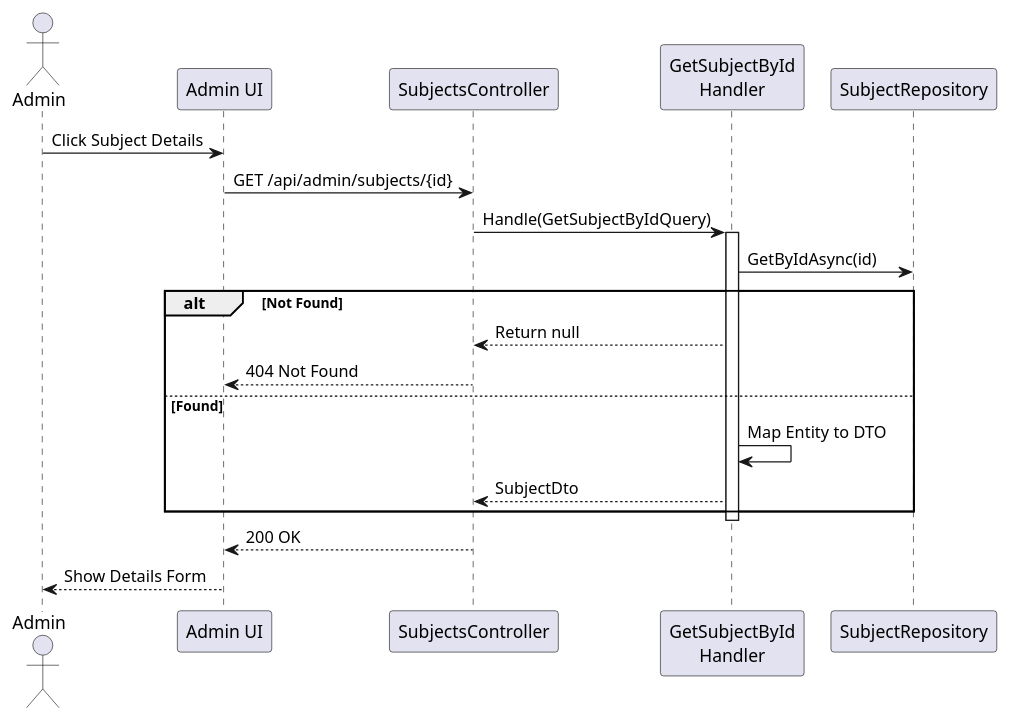
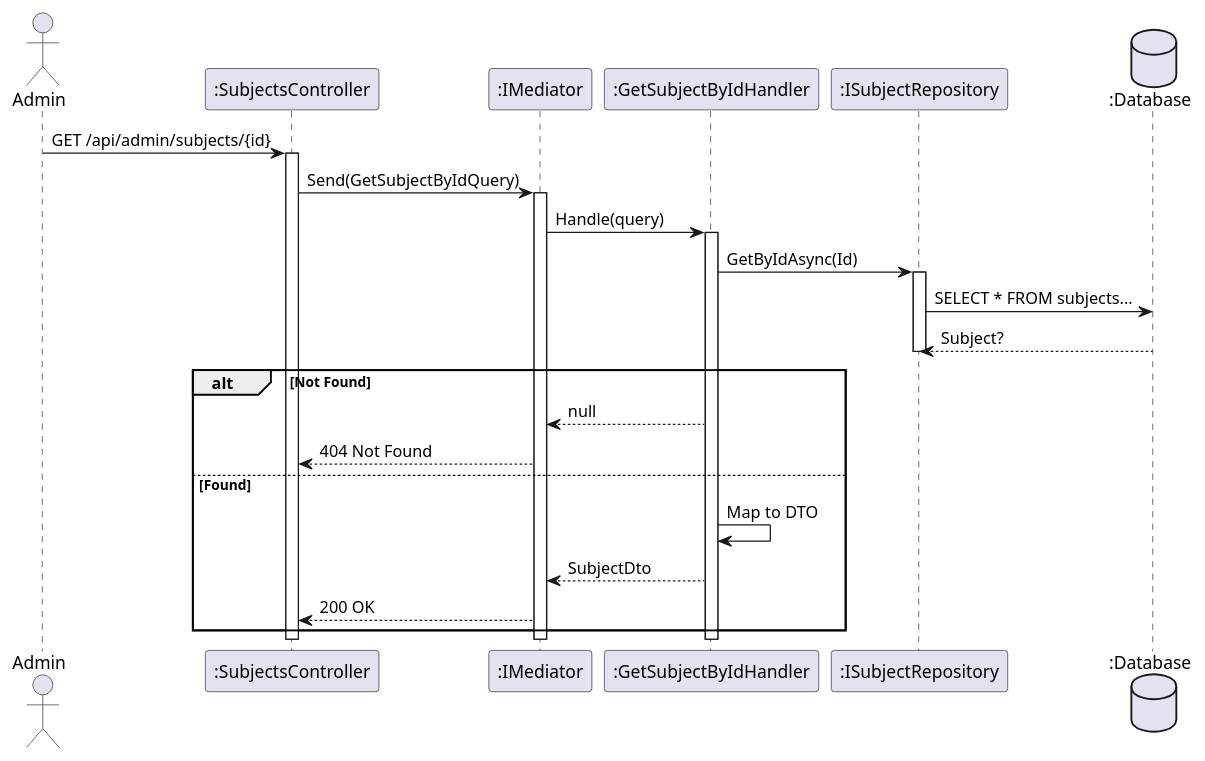
The diagram in docs/srs/diagrams/sequence-diagram/admin-content-subject/get-subject-by-id-seq.puml (FA25SE050-RogueLearn/RogueLearn.BMAD.Documentation), drawn with PlantUML before and after one commit. The commit also changed other lines of this file and 21 other files, not shown here.

```diff
--- a/docs/srs/diagrams/sequence-diagram/admin-content-subject/get-subject-by-id-seq.puml
+++ b/docs/srs/diagrams/sequence-diagram/admin-content-subject/get-subject-by-id-seq.puml
@@ -2,26 +1,36 @@
 @startuml
 actor Admin
-participant "Admin UI" as UI
-participant "SubjectsController" as Controller
-participant "GetSubjectById\nHandler" as Handler
-participant "SubjectRepository" as DB
+participant ":SubjectsController" as Controller
+participant ":IMediator" as Med
+participant ":GetSubjectByIdHandler" as Handler
+participant ":ISubjectRepository" as Repo
+database ":Database" as DB
 
-Admin -> UI : Click Subject Details
-UI -> Controller : GET /api/admin/subjects/{id}
-Controller -> Handler : Handle(GetSubjectByIdQuery)
+Admin -> Controller : GET /api/admin/subjects/{id}
+activate Controller
 
+Controller -> Med : Send(GetSubjectByIdQuery)
+activate Med
+
+Med -> Handler : Handle(query)
 activate Handler
-    Handler -> DB : GetByIdAsync(id)
-    
-    alt Not Found
-        Handler --> Controller : Return null
-        Controller --> UI : 404 Not Found
-    else Found
-        Handler -> Handler : Map Entity to DTO
-        Handler --> Controller : SubjectDto
-    end
+
+Handler -> Repo : GetByIdAsync(Id)
+activate Repo
+Repo -> DB : SELECT * FROM subjects...
+DB --> Repo : Subject?
+deactivate Repo
+
+alt Not Found
+    Handler --> Med : null
+    Med --> Controller : 404 Not Found
+else Found
+    Handler -> Handler : Map to DTO
+    Handler --> Med : SubjectDto
+    Med --> Controller : 200 OK
+end
+
 deactivate Handler
-
-Controller --> UI : 200 OK
-UI --> Admin : Show Details Form
+deactivate Med
+deactivate Controller
 @enduml
```
